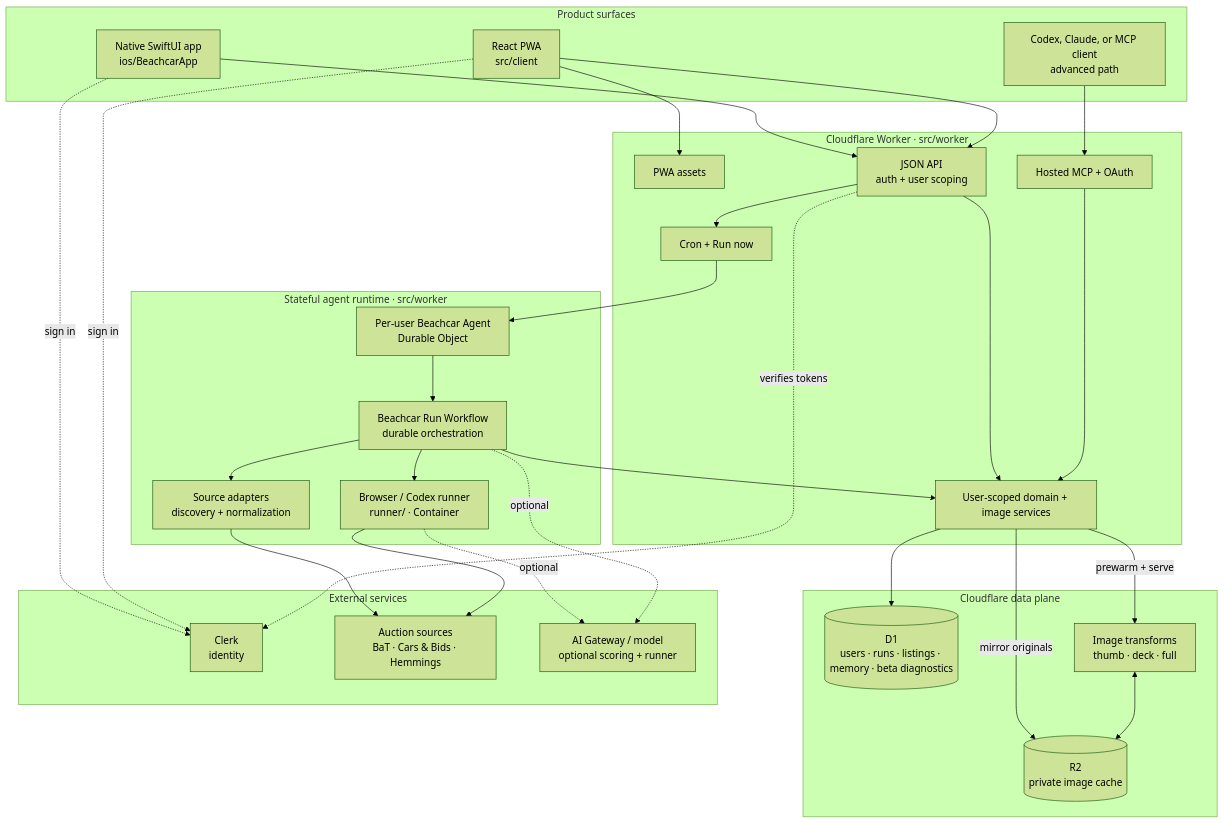
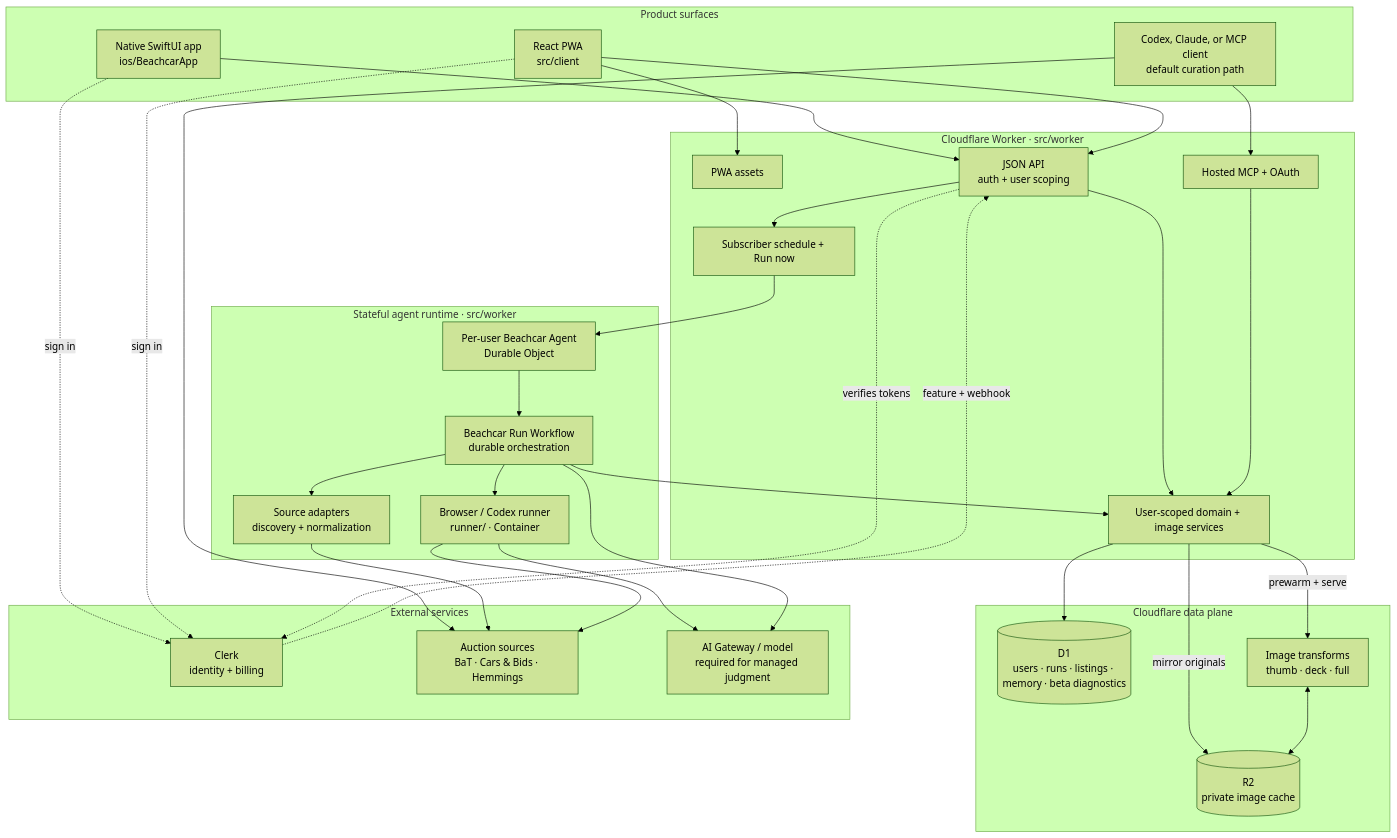
The second of 2 diagrams in README.md (joncooper/beachcar), drawn with Mermaid (forest theme) before and after one commit. The commit also changed other lines of this file and 46 other files, not shown here.

Commit message:
Make agent-connected curation the default

````diff
--- a/README.md
+++ b/README.md
@@ -119,59 +128,61 @@
 ```mermaid
 flowchart TB
     subgraph surfaces["Product surfaces"]
         IOS["Native SwiftUI app<br/>ios/BeachcarApp"]
         WEB["React PWA<br/>src/client"]
-        CLIENT["Codex, Claude, or MCP client<br/>advanced path"]
+        CLIENT["Codex, Claude, or MCP client<br/>default curation path"]
     end
 
     subgraph edge["Cloudflare Worker · src/worker"]
         ASSETS["PWA assets"]
         API["JSON API<br/>auth + user scoping"]
         MCP["Hosted MCP + OAuth"]
-        TRIGGER["Cron + Run now"]
+        TRIGGER["Subscriber schedule + Run now"]
         DOMAIN["User-scoped domain + image services"]
     end
 
     subgraph runtime["Stateful agent runtime · src/worker"]
         AGENT["Per-user Beachcar Agent<br/>Durable Object"]
         FLOW["Beachcar Run Workflow<br/>durable orchestration"]
         SOURCES["Source adapters<br/>discovery + normalization"]
         RUNNER["Browser / Codex runner<br/>runner/ · Container"]
     end
 
     subgraph storage["Cloudflare data plane"]
         D1[("D1<br/>users · runs · listings · memory · beta diagnostics")]
         R2[("R2<br/>private image cache")]
         IMAGES["Image transforms<br/>thumb · deck · full"]
     end
 
     subgraph services["External services"]
-        CLERK["Clerk<br/>identity"]
+        CLERK["Clerk<br/>identity + billing"]
         MARKETS["Auction sources<br/>BaT · Cars & Bids · Hemmings"]
-        MODEL["AI Gateway / model<br/>optional scoring + runner"]
+        MODEL["AI Gateway / model<br/>required for managed judgment"]
     end
 
     IOS --> API
     WEB --> ASSETS
     WEB --> API
     CLIENT --> MCP
     IOS -. sign in .-> CLERK
     WEB -. sign in .-> CLERK
     API -. verifies tokens .-> CLERK
+    CLERK -. feature + webhook .-> API
     API --> DOMAIN
     MCP --> DOMAIN
+    CLIENT --> MARKETS
     API --> TRIGGER
     TRIGGER --> AGENT
     AGENT --> FLOW
     FLOW --> SOURCES
     FLOW --> RUNNER
     FLOW --> DOMAIN
     SOURCES --> MARKETS
     RUNNER --> MARKETS
-    RUNNER -. optional .-> MODEL
-    FLOW -. optional .-> MODEL
+    RUNNER --> MODEL
+    FLOW --> MODEL
     DOMAIN --> D1
     DOMAIN -->|mirror originals| R2
     DOMAIN -->|prewarm + serve| IMAGES
     IMAGES <--> R2
 ```
````
